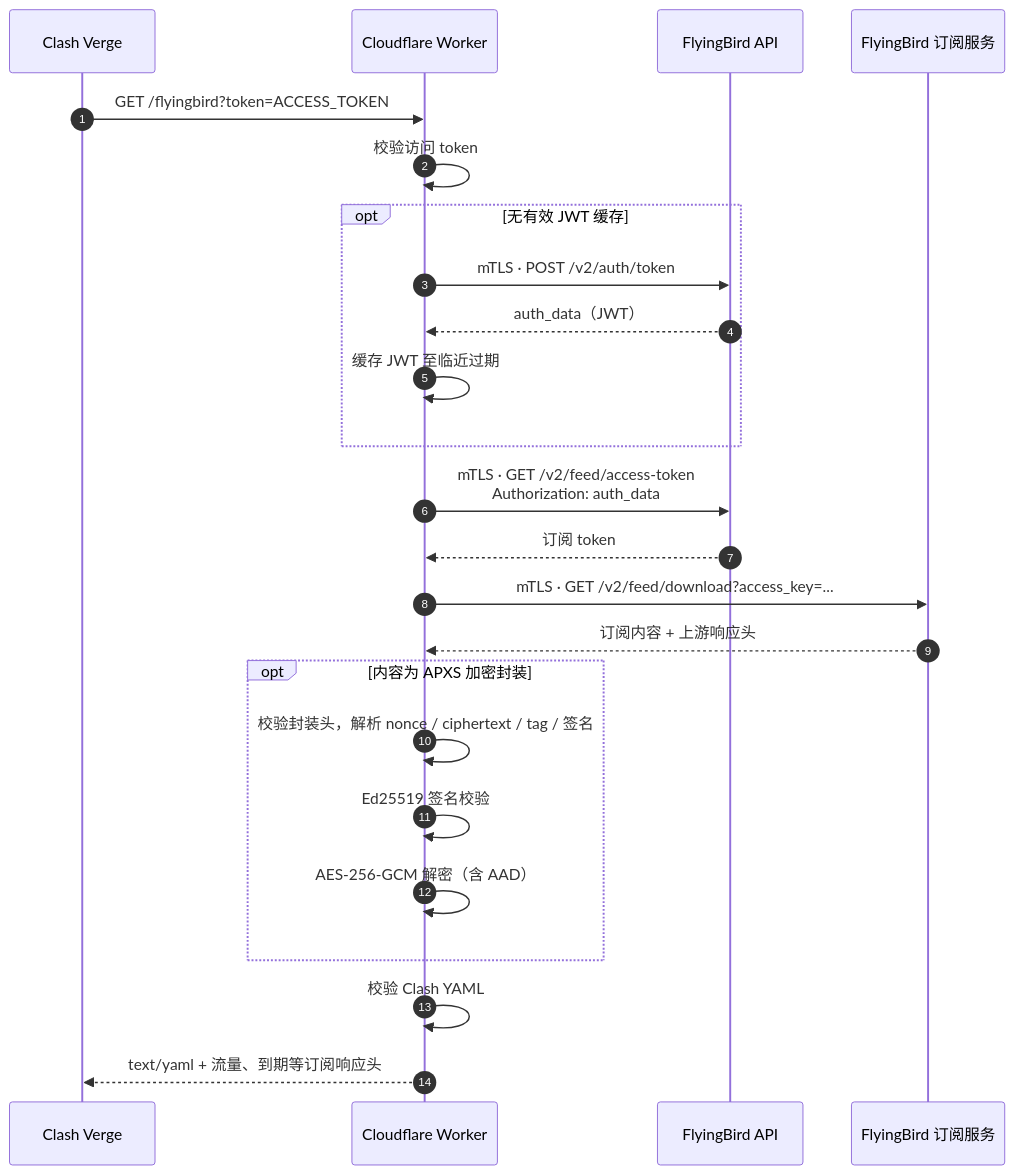
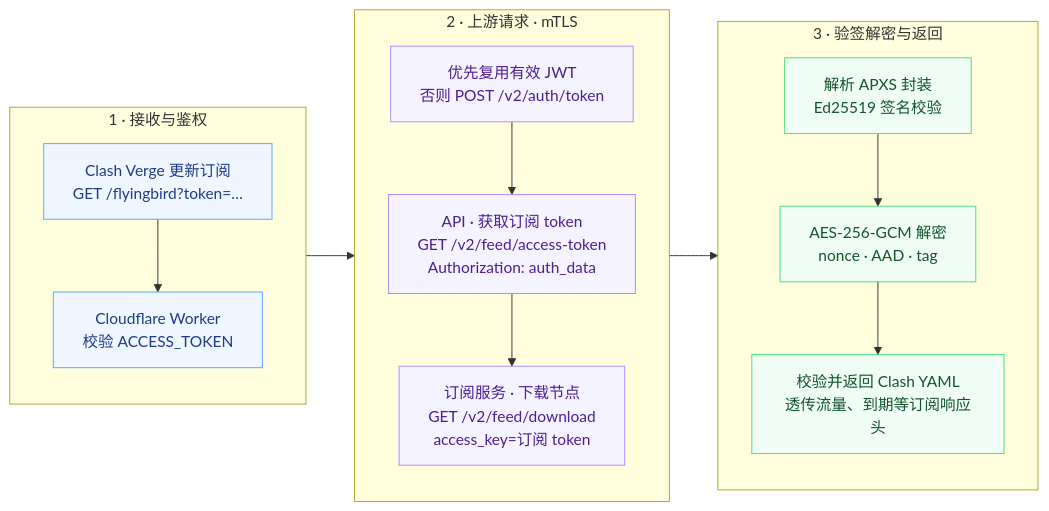
The diagram in README.md (YuanzAAi/flying2sub), drawn with Mermaid before and after one commit.

Commit message:
Clarify subscription workflow layout

````diff
--- a/README.md
+++ b/README.md
@@ -13,30 +13,34 @@
 ```mermaid
-sequenceDiagram
-    autonumber
-    participant CV as Clash Verge
-    participant W as Cloudflare Worker
-    participant API as FlyingBird API
-    participant SUB as FlyingBird 订阅服务
+flowchart LR
+    subgraph REQUEST["1 · 接收与鉴权"]
+        direction TB
+        C["Clash Verge 更新订阅<br/>GET /flyingbird?token=…"]
+        W["Cloudflare Worker<br/>校验 ACCESS_TOKEN"]
+        C --> W
+    end
 
-    CV->>W: GET /flyingbird?token=ACCESS_TOKEN
-    W->>W: 校验访问 token
+    subgraph UPSTREAM["2 · 上游请求 · mTLS"]
+        direction TB
+        A["优先复用有效 JWT<br/>否则 POST /v2/auth/token"]
+        T["API · 获取订阅 token<br/>GET /v2/feed/access-token<br/>Authorization: auth_data"]
+        S["订阅服务 · 下载节点<br/>GET /v2/feed/download<br/>access_key=订阅 token"]
+        A --> T --> S
+    end
 
-    opt 无有效 JWT 缓存
-        W->>API: mTLS · POST /v2/auth/token
-        API-->>W: auth_data（JWT）
-        W->>W: 缓存 JWT 至临近过期
+    subgraph DECODE["3 · 验签解密与返回"]
+        direction TB
+        V["解析 APXS 封装<br/>Ed25519 签名校验"]
+        D["AES-256-GCM 解密<br/>nonce · AAD · tag"]
+        Y["校验并返回 Clash YAML<br/>透传流量、到期等订阅响应头"]
+        V --> D --> Y
     end
-    W->>API: mTLS · GET /v2/feed/access-token<br/>Authorization: auth_data
-    API-->>W: 订阅 token
 
-    W->>SUB: mTLS · GET /v2/feed/download?access_key=...
-    SUB-->>W: 订阅内容 + 上游响应头
+    REQUEST --> UPSTREAM --> DECODE
 
-    opt 内容为 APXS 加密封装
-        W->>W: 校验封装头，解析 nonce / ciphertext / tag / 签名
-        W->>W: Ed25519 签名校验
-        W->>W: AES-256-GCM 解密（含 AAD）
-    end
-    W->>W: 校验 Clash YAML
-    W-->>CV: text/yaml + 流量、到期等订阅响应头
+    classDef client fill:#eff6ff,stroke:#60a5fa,color:#1e3a8a
+    classDef upstream fill:#f5f3ff,stroke:#a78bfa,color:#4c1d95
+    classDef decode fill:#f0fdf4,stroke:#4ade80,color:#14532d
+    class C,W client
+    class A,T,S upstream
+    class V,D,Y decode
 ```
````
